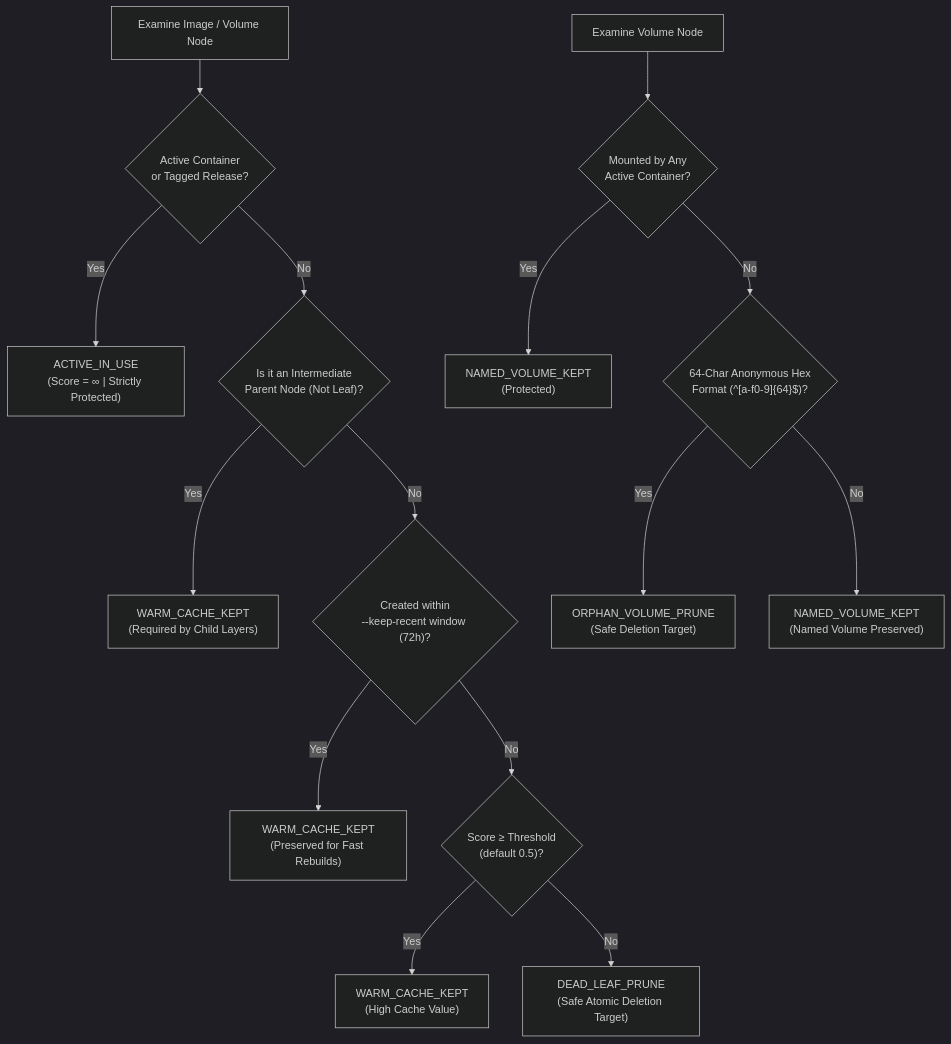
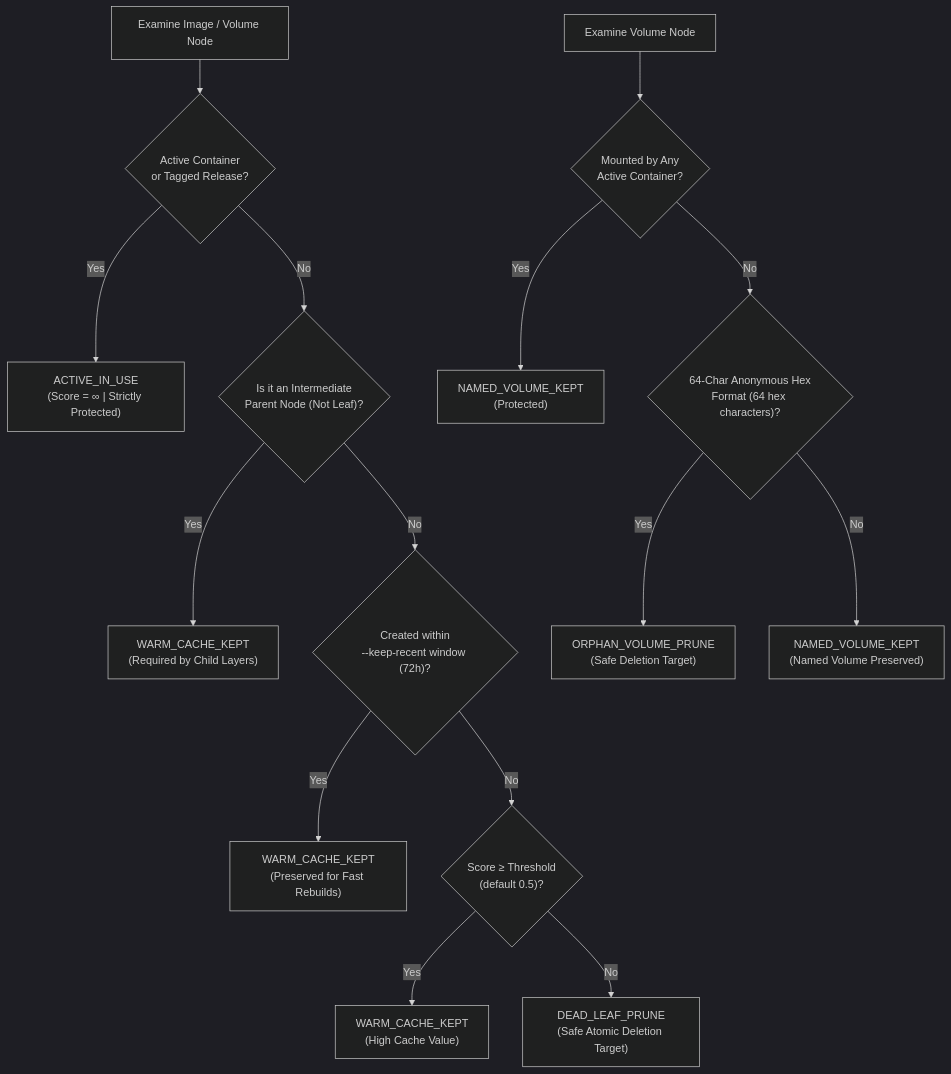
Before and after one commit to Minhaj009/PruneDocker: the second of 2 diagrams in README.md, drawn with Mermaid (dark theme). The commit also changed other lines of this file, not shown here.

````diff
--- a/README.md
+++ b/README.md
@@ -104,18 +104,18 @@
 ```mermaid
 flowchart TD
     Start["Examine Image / Volume Node"] --> CheckContainer{"Active Container<br/>or Tagged Release?"}
     CheckContainer -- Yes --> Active["ACTIVE_IN_USE<br/>(Score = ∞ | Strictly Protected)"]
     CheckContainer -- No --> CheckLeaf{"Is it an Intermediate<br/>Parent Node (Not Leaf)?"}
     CheckLeaf -- Yes --> WarmParent["WARM_CACHE_KEPT<br/>(Required by Child Layers)"]
     CheckLeaf -- No --> CheckAge{"Created within<br/>--keep-recent window (72h)?"}
     CheckAge -- Yes --> WarmRecent["WARM_CACHE_KEPT<br/>(Preserved for Fast Rebuilds)"]
     CheckAge -- No --> CheckScore{"Score ≥ Threshold<br/>(default 0.5)?"}
     CheckScore -- Yes --> WarmScore["WARM_CACHE_KEPT<br/>(High Cache Value)"]
     CheckScore -- No --> DeadLeaf["DEAD_LEAF_PRUNE<br/>(Safe Atomic Deletion Target)"]
 
     VolStart["Examine Volume Node"] --> CheckMount{"Mounted by Any<br/>Active Container?"}
     CheckMount -- Yes --> SavedVol["NAMED_VOLUME_KEPT<br/>(Protected)"]
-    CheckMount -- No --> CheckAnon{"64-Char Anonymous Hex<br/>Format (^[a-f0-9]{64}$)?"}
+    CheckMount -- No --> CheckAnon{"64-Char Anonymous Hex<br/>Format (64 hex characters)?"}
     CheckAnon -- Yes --> OrphanVol["ORPHAN_VOLUME_PRUNE<br/>(Safe Deletion Target)"]
     CheckAnon -- No --> SavedNamed["NAMED_VOLUME_KEPT<br/>(Named Volume Preserved)"]
 ```
````
